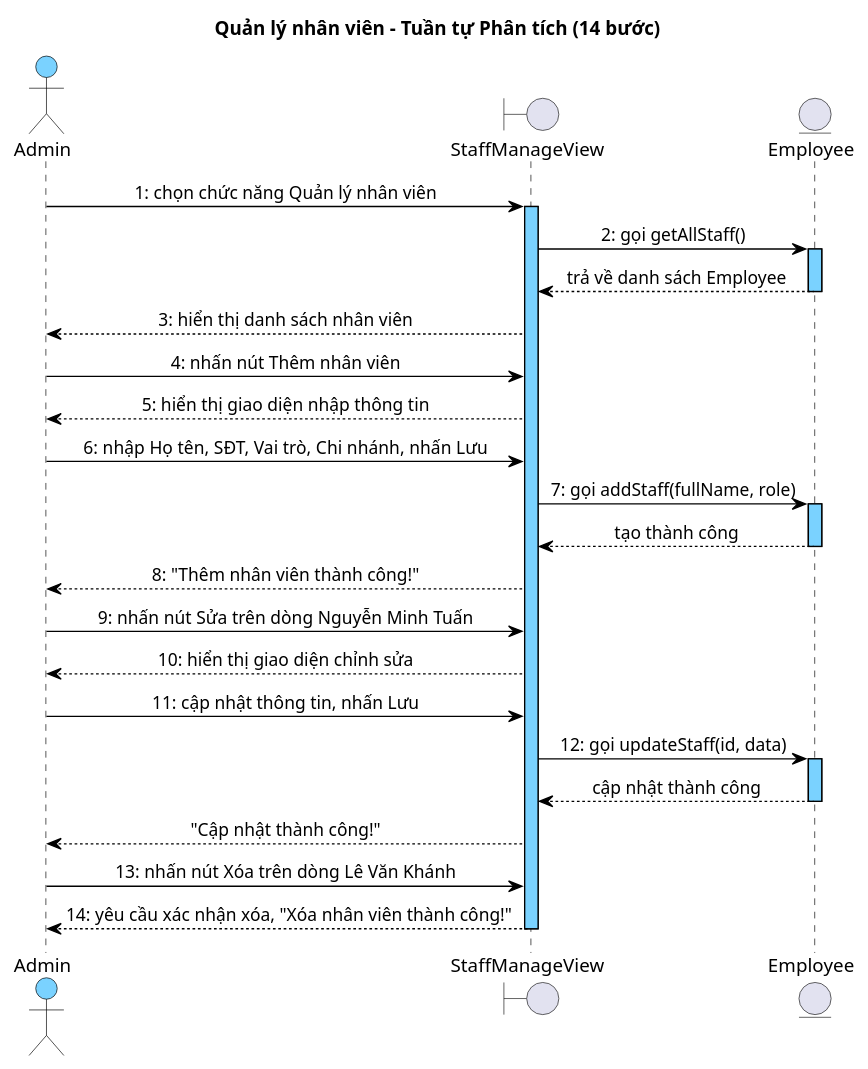
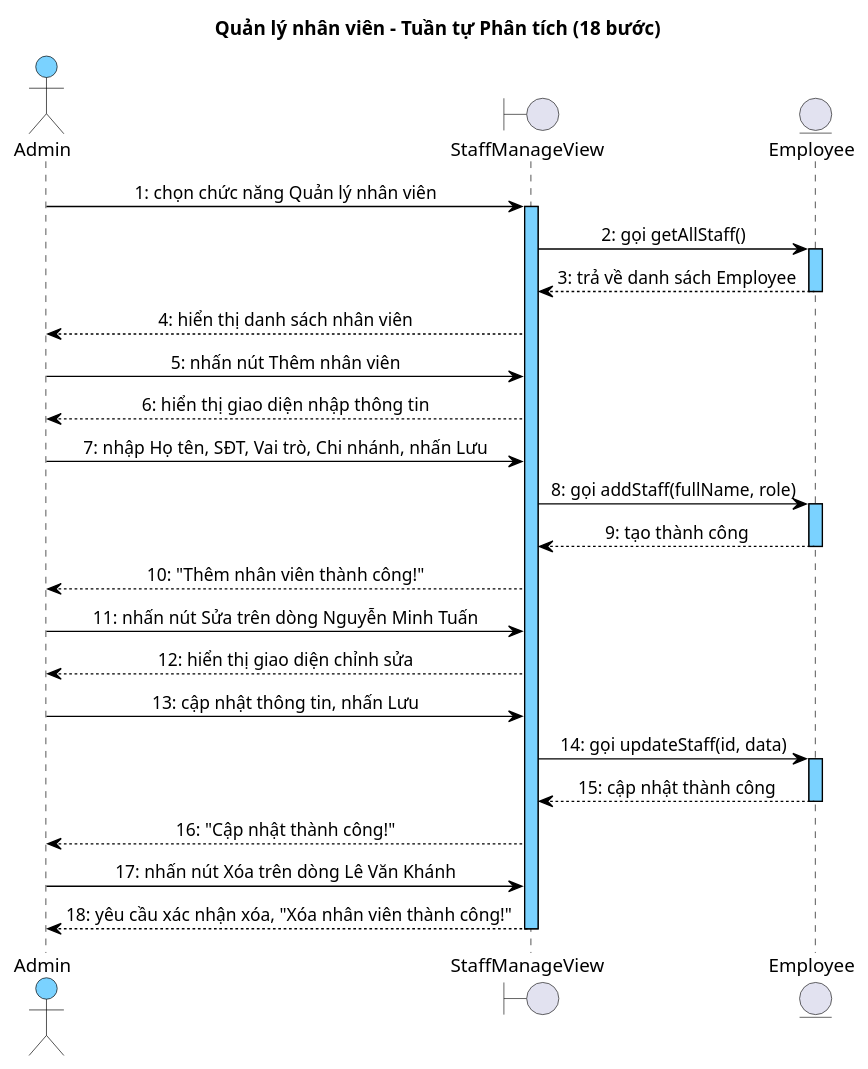
One commit to thanhtrnnn/cnpm changed the seventh of 7 diagrams in docs/tabs/account/ii-analysis.md. Above: the diagram before and after it, drawn with PlantUML. The commit also changed other lines of this file and 19 other files, not shown here.

First line of the commit message:
fix: account sequence diagrams 1:1 step parity (II.4 + III.4) + 4.2 format

````diff
--- a/docs/tabs/account/ii-analysis.md
+++ b/docs/tabs/account/ii-analysis.md
@@ -670,56 +685,56 @@
 ```plantuml
 @startuml
 skinparam shadowing false
 skinparam SequenceMessageAlign left
 skinparam sequenceMessageAlign center
 skinparam sequenceArrowThickness 1
 skinparam sequenceLifeLineBorderColor #000000
 skinparam sequenceLifeLineBackgroundColor #7AD2FF
 skinparam sequenceParticipantBackgroundColor #7AD2FF
 skinparam sequenceParticipantBorderColor #000000
 skinparam sequenceParticipantFontColor #000000
 skinparam sequenceArrowColor #000000
 skinparam sequenceArrowFontColor #000000
 skinparam sequenceGroupBorderColor #000000
 skinparam sequenceGroupBackgroundColor #DDEEFF
 skinparam sequenceDividerBorderColor #000000
 skinparam sequenceDividerBackgroundColor #DDEEFF
 skinparam sequenceMessageFontColor #000000
 skinparam sequenceMessageFontSize 10
 skinparam sequenceActorBorderColor #000000
 skinparam sequenceActorBackgroundColor #7AD2FF
 skinparam sequenceActorFontColor #000000
-title Quản lý nhân viên – Tuần tự Phân tích (14 bước)
+title Quản lý nhân viên – Tuần tự Phân tích (18 bước)
 
 actor "Admin" as Actor
 boundary StaffManageView as B1
 entity Employee as E1
 
 Actor -> B1 : 1: chọn chức năng Quản lý nhân viên
 activate B1
 B1 -> E1 : 2: gọi getAllStaff()
 activate E1
-E1 --> B1 : trả về danh sách Employee
+E1 --> B1 : 3: trả về danh sách Employee
 deactivate E1
-B1 --> Actor : 3: hiển thị danh sách nhân viên
-Actor -> B1 : 4: nhấn nút Thêm nhân viên
-B1 --> Actor : 5: hiển thị giao diện nhập thông tin
-Actor -> B1 : 6: nhập Họ tên, SĐT, Vai trò, Chi nhánh, nhấn Lưu
-B1 -> E1 : 7: gọi addStaff(fullName, role)
+B1 --> Actor : 4: hiển thị danh sách nhân viên
+Actor -> B1 : 5: nhấn nút Thêm nhân viên
+B1 --> Actor : 6: hiển thị giao diện nhập thông tin
+Actor -> B1 : 7: nhập Họ tên, SĐT, Vai trò, Chi nhánh, nhấn Lưu
+B1 -> E1 : 8: gọi addStaff(fullName, role)
 activate E1
-E1 --> B1 : tạo thành công
+E1 --> B1 : 9: tạo thành công
 deactivate E1
-B1 --> Actor : 8: "Thêm nhân viên thành công!"
-Actor -> B1 : 9: nhấn nút Sửa trên dòng Nguyễn Minh Tuấn
-B1 --> Actor : 10: hiển thị giao diện chỉnh sửa
-Actor -> B1 : 11: cập nhật thông tin, nhấn Lưu
-B1 -> E1 : 12: gọi updateStaff(id, data)
+B1 --> Actor : 10: "Thêm nhân viên thành công!"
+Actor -> B1 : 11: nhấn nút Sửa trên dòng Nguyễn Minh Tuấn
+B1 --> Actor : 12: hiển thị giao diện chỉnh sửa
+Actor -> B1 : 13: cập nhật thông tin, nhấn Lưu
+B1 -> E1 : 14: gọi updateStaff(id, data)
 activate E1
-E1 --> B1 : cập nhật thành công
+E1 --> B1 : 15: cập nhật thành công
 deactivate E1
-B1 --> Actor : "Cập nhật thành công!"
-Actor -> B1 : 13: nhấn nút Xóa trên dòng Lê Văn Khánh
-B1 --> Actor : 14: yêu cầu xác nhận xóa, "Xóa nhân viên thành công!"
+B1 --> Actor : 16: "Cập nhật thành công!"
+Actor -> B1 : 17: nhấn nút Xóa trên dòng Lê Văn Khánh
+B1 --> Actor : 18: yêu cầu xác nhận xóa, "Xóa nhân viên thành công!"
 deactivate B1
 @enduml
 ```
````
